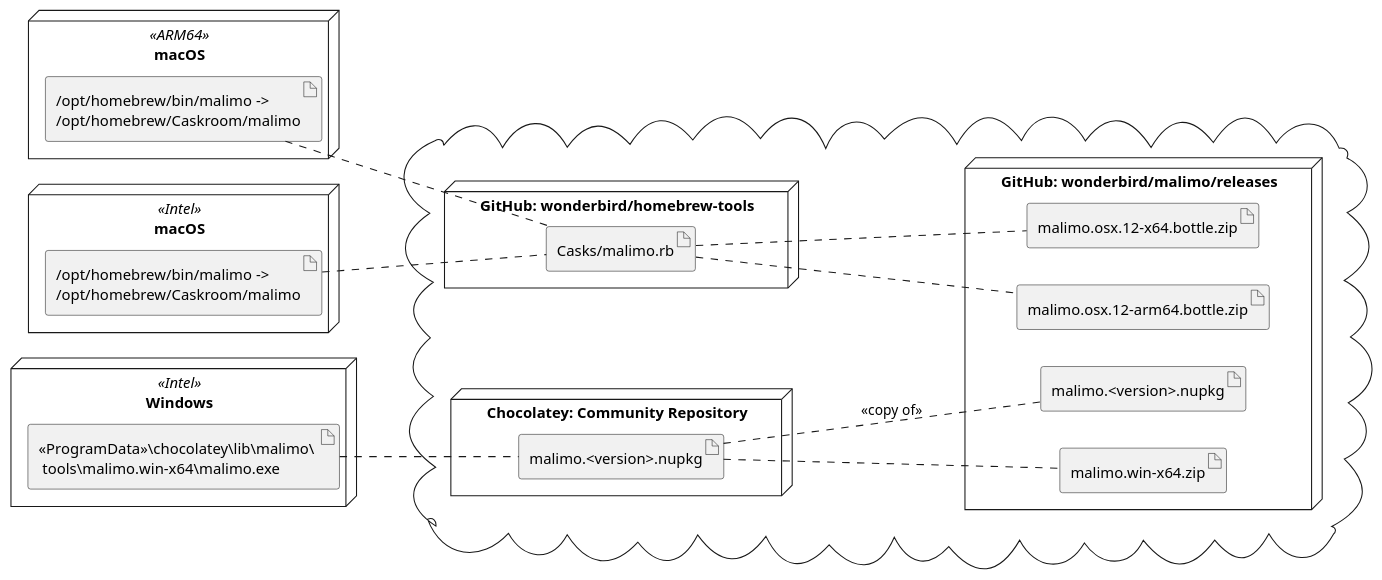
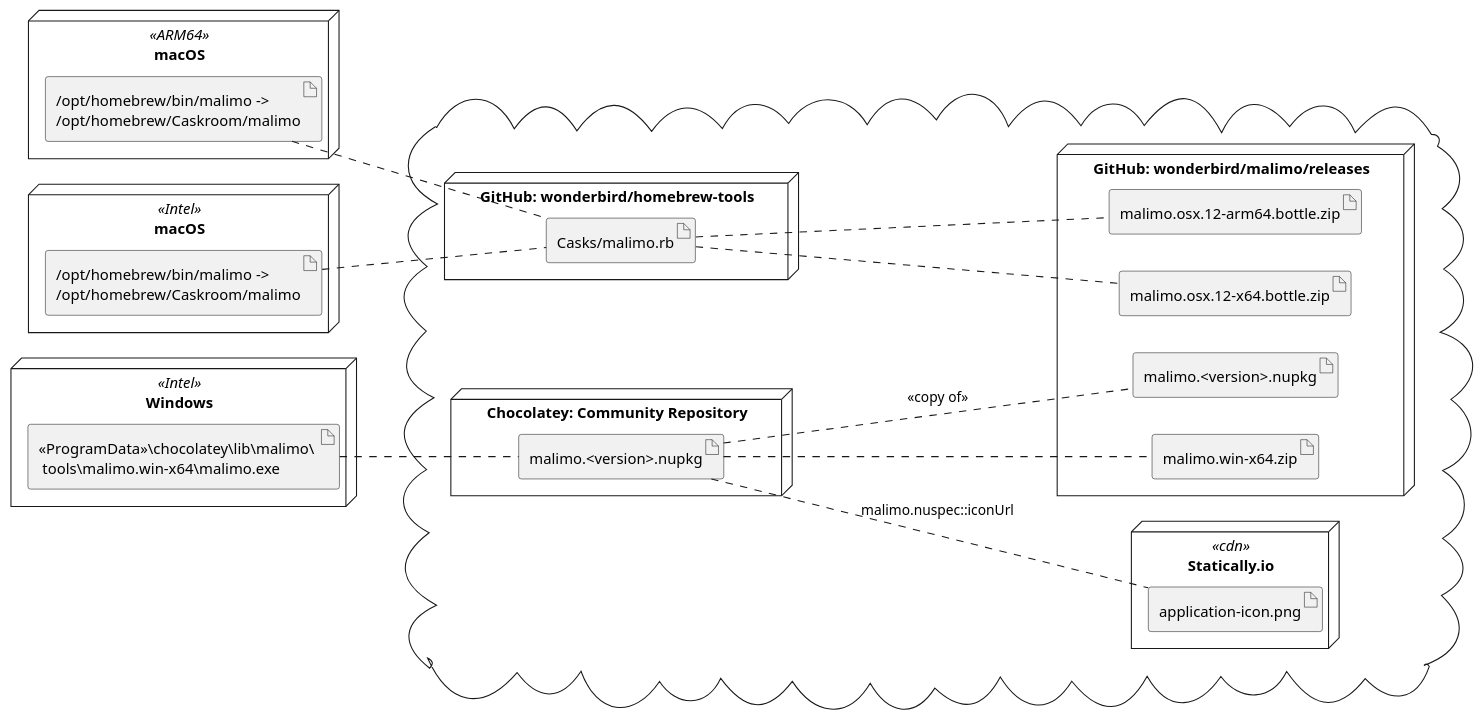
One commit to wonderbird/malimo changed the diagram in docs/plantuml/deployment-view.puml. Above: the diagram before and after it, drawn with PlantUML. The commit also changed 6 other files, not shown here.

```diff
--- a/docs/plantuml/deployment-view.puml
+++ b/docs/plantuml/deployment-view.puml
@@ -1,46 +1,52 @@
 @startuml
 left to right direction
 
 set namespaceSeparator none
 
 together {
     node "macOS" <<ARM64>> as armMac {
         artifact "/opt/homebrew/bin/malimo ->\n/opt/homebrew/Caskroom/malimo" as armMalimo
     }
     
     node "macOS" <<Intel>> as intelMac {
         artifact "/opt/homebrew/bin/malimo ->\n/opt/homebrew/Caskroom/malimo" as intelMalimo
     }
     
     node "Windows" <<Intel>> {
         artifact "<<ProgramData>>\\chocolatey\\lib\\malimo\\ \n tools\\malimo.win-x64\\malimo.exe" as winMalimo
     }
 }
 
 cloud {
   node "GitHub: wonderbird/malimo/releases" {
     artifact "malimo.osx.12-arm64.bottle.zip" as armBottle
     artifact "malimo.osx.12-x64.bottle.zip" as intelBottle
     artifact "malimo.win-x64.zip" as winRelease
     artifact "malimo.<version>.nupkg" as chocoCopy
   }
   
   node "GitHub: wonderbird/homebrew-tools" {
     artifact "Casks/malimo.rb" as cask
   }
   
   node "Chocolatey: Community Repository" {
     artifact "malimo.<version>.nupkg" as chocoPackage
   }
+  
+  node "Statically.io" <<cdn>> {
+    artifact "application-icon.png" as appIcon
+  }
 }
 
 cask .. armBottle
 cask .. intelBottle
 
 armMalimo .. cask
 intelMalimo .. cask
 
 winMalimo .. chocoPackage
 chocoPackage .. chocoCopy : << copy of >>
 chocoPackage .. winRelease
+
+chocoPackage .. appIcon : malimo.nuspec::iconUrl
 @enduml
```
